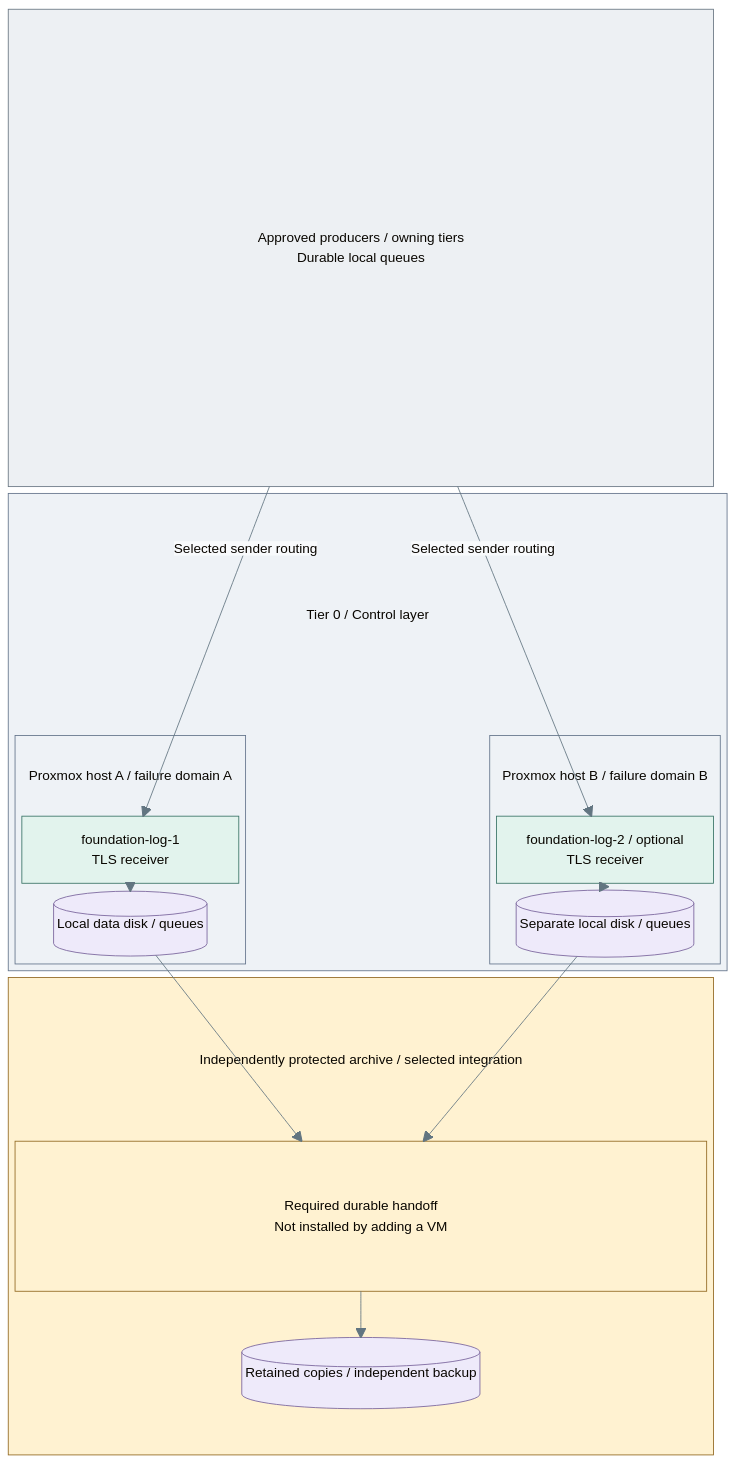
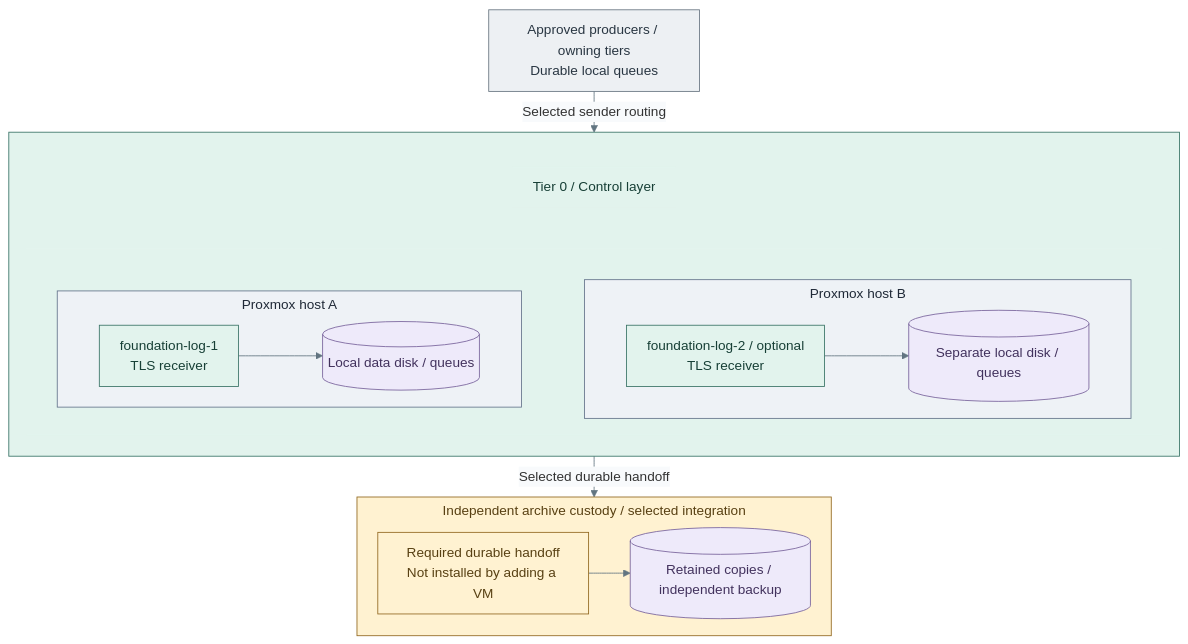
Before and after one commit to Rexus/homelab: the diagram in docs/deployment/stage-1-logging/step-3b-redundant-intake.md, drawn with Mermaid. The commit also changed 4 other files, not shown here.

Commit message:
fix(diagrams): compact logging deployment views

````diff
--- a/docs/deployment/stage-1-logging/step-3b-redundant-intake.md
+++ b/docs/deployment/stage-1-logging/step-3b-redundant-intake.md
@@ -16,49 +16,47 @@
 ```mermaid
-%%{init: {"theme":"base","themeVariables":{"lineColor":"#627581","edgeLabelBackground":"#f8fafc"}}}%%
-block-beta
-  columns 1
+%%{init: {"theme":"base","flowchart":{"nodeSpacing":20,"rankSpacing":24,"padding":12,"subGraphTitleMargin":{"top":4,"bottom":12}},"themeVariables":{"lineColor":"#627581","edgeLabelBackground":"#f8fafc"}}}%%
+flowchart TB
   Sources["Approved producers / owning tiers<br/>Durable local queues"]
-  block:T0
-    columns 3
-    T0Title["Tier 0 / Control layer"]:3
-    block:PVE1
-      columns 1
-      Host1Title["Proxmox host A / failure domain A"]
-      VM1["foundation-log-1<br/>TLS receiver"]
-      Disk1[("Local data disk / queues")]
+  subgraph T0[" "]
+    direction TB
+    T0Title["Tier 0 / Control layer"]
+    subgraph Placement[" "]
+      direction LR
+      subgraph PVE1["Proxmox host A"]
+        direction LR
+        VM1["foundation-log-1<br/>TLS receiver"]
+        Disk1[("Local data disk / queues")]
+        VM1 --> Disk1
+      end
+      subgraph PVE2["Proxmox host B"]
+        direction LR
+        VM2["foundation-log-2 / optional<br/>TLS receiver"]
+        Disk2[("Separate local disk / queues")]
+        VM2 --> Disk2
+      end
+      PVE1 ~~~ PVE2
     end
-    space
-    block:PVE2
-      columns 1
-      Host2Title["Proxmox host B / failure domain B"]
-      VM2["foundation-log-2 / optional<br/>TLS receiver"]
-      Disk2[("Separate local disk / queues")]
-    end
+    T0Title ~~~ Placement
   end
-  block:Custody
-    columns 1
-    CustodyTitle["Independently protected archive / selected integration"]
+  subgraph Custody["Independent archive custody / selected integration"]
+    direction LR
     Commit["Required durable handoff<br/>Not installed by adding a VM"]
     Copies[("Retained copies / independent backup")]
+    Commit --> Copies
   end
-  Sources -- "Selected sender routing" --> VM1
-  Sources -- "Selected sender routing" --> VM2
-  VM1 --> Disk1
-  VM2 --> Disk2
-  Disk1 --> Commit
-  Disk2 --> Commit
-  Commit --> Copies
+  Sources -->|Selected sender routing| T0
+  T0 -->|Selected durable handoff| Custody
   classDef default fill:#f8fafc,stroke:#64748b,color:#1f2937
   classDef boundary fill:#eef2f6,stroke:#64748b,color:#1f2937
-  classDef heading fill:none,stroke:none,color:#1f2937
   classDef actor fill:#edf0f3,stroke:#697682,color:#293642
   classDef control fill:#e2f3ed,stroke:#397366,color:#173f36
+  classDef controlHeading fill:#e2f3ed,stroke:#e2f3ed,color:#173f36
   classDef data fill:#eeeafa,stroke:#78639b,color:#42325d
   classDef custody fill:#fff2d1,stroke:#926820,color:#584013
-  class T0,PVE1,PVE2 boundary
-  class T0Title,Host1Title,Host2Title,CustodyTitle heading
+  class PVE1,PVE2 boundary
   class Sources actor
-  class VM1,VM2 control
+  class T0,VM1,VM2 control
+  class T0Title,Placement controlHeading
   class Disk1,Disk2,Copies data
   class Custody,Commit custody
 ```
````
